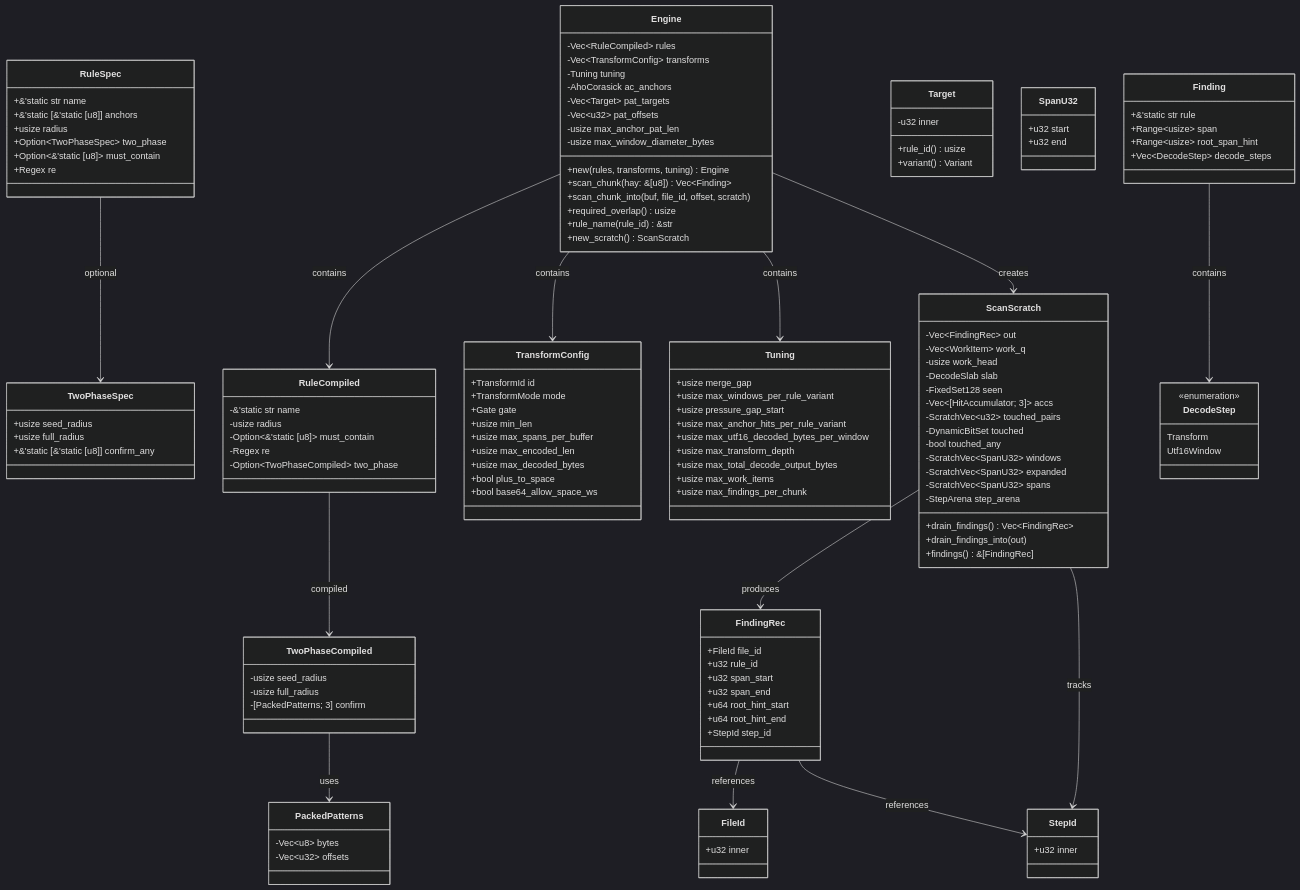
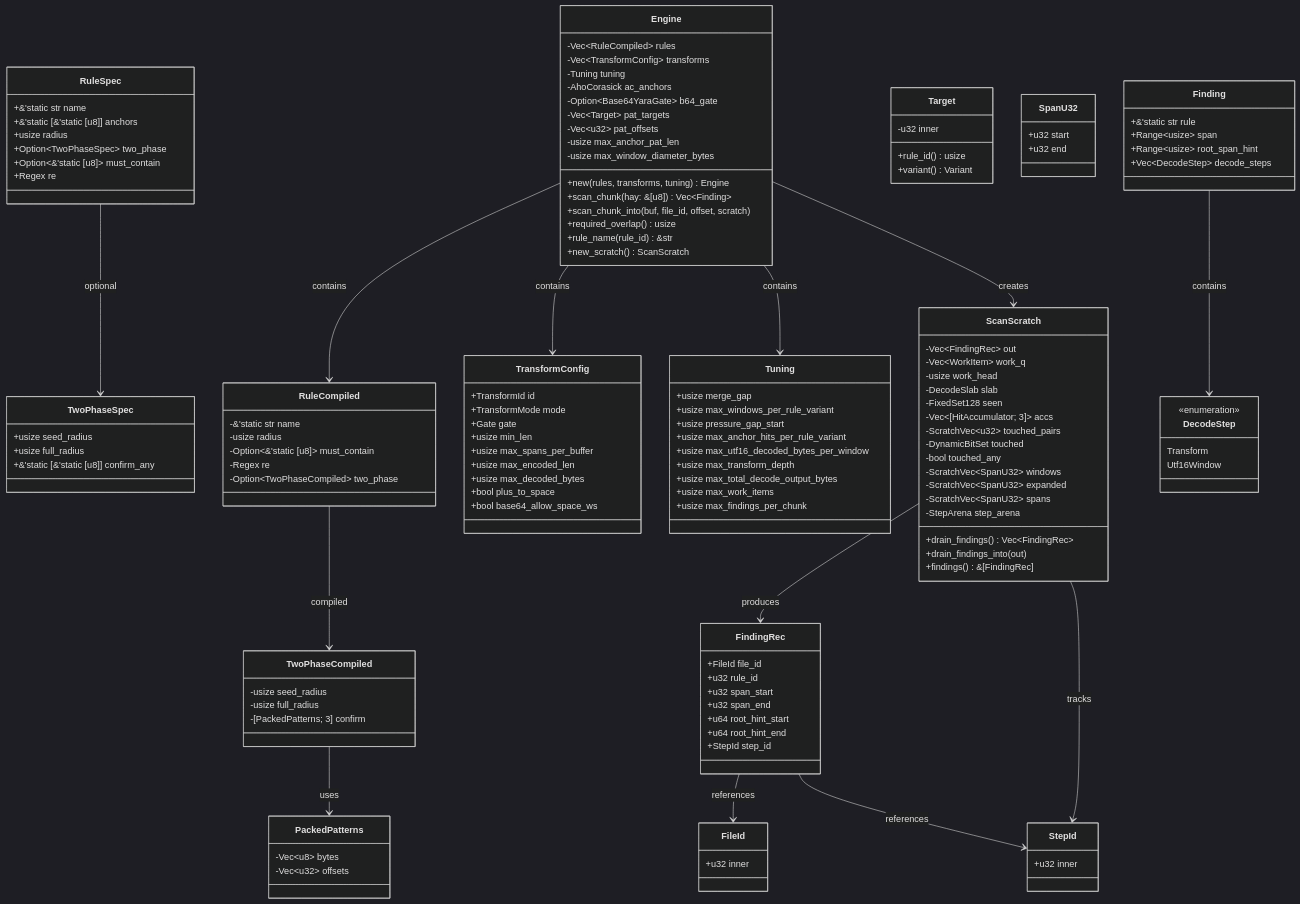
One commit to ahrav/scratch-scanner-rs changed the first of 4 diagrams in docs/data-types.md. Above: the diagram before and after it, drawn with Mermaid (dark theme). The commit also changed other lines of this file and 12 other files, not shown here.

```diff
--- a/docs/data-types.md
+++ b/docs/data-types.md
@@ -11,6 +11,7 @@
         -Vec~TransformConfig~ transforms
         -Tuning tuning
         -AhoCorasick ac_anchors
+        -Option~Base64YaraGate~ b64_gate
         -Vec~Target~ pat_targets
         -Vec~u32~ pat_offsets
         -usize max_anchor_pat_len
```
